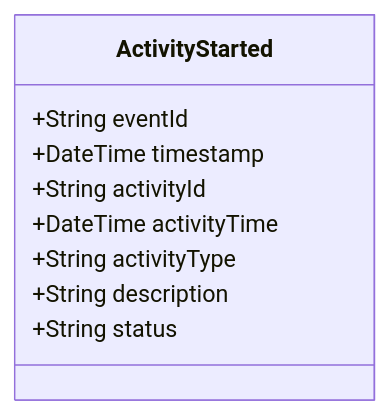
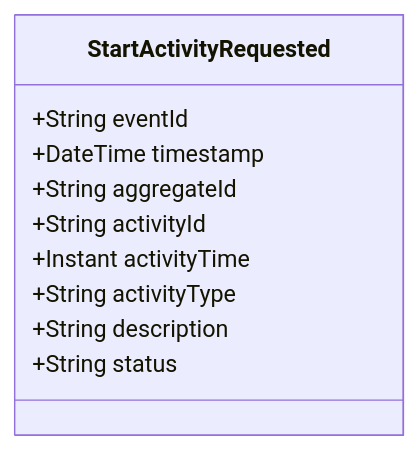
Before and after one commit to pgraff/police-system: the diagram in doc/events/ActivityStarted.md, drawn with Mermaid. The commit also changed other lines of this file and 58 other files, not shown here.

````diff
--- a/doc/events/ActivityStarted.md
+++ b/doc/events/ActivityStarted.md
@@ -9,12 +9,13 @@
 ```mermaid
 classDiagram
-    class ActivityStarted {
+    class StartActivityRequested {
         +String eventId
         +DateTime timestamp
+        +String aggregateId
         +String activityId
-        +DateTime activityTime
+        +Instant activityTime
         +String activityType
         +String description
         +String status
     }
 ```
````
